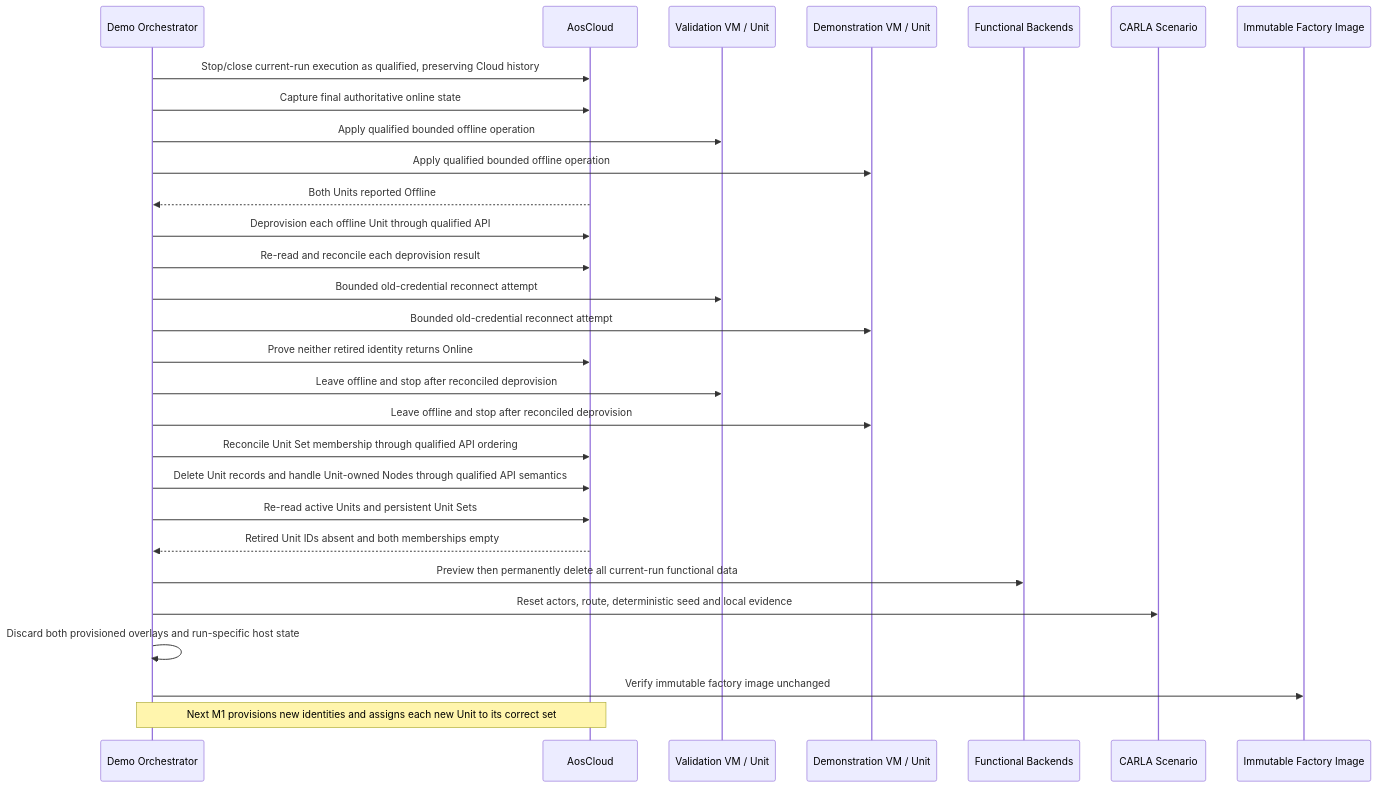
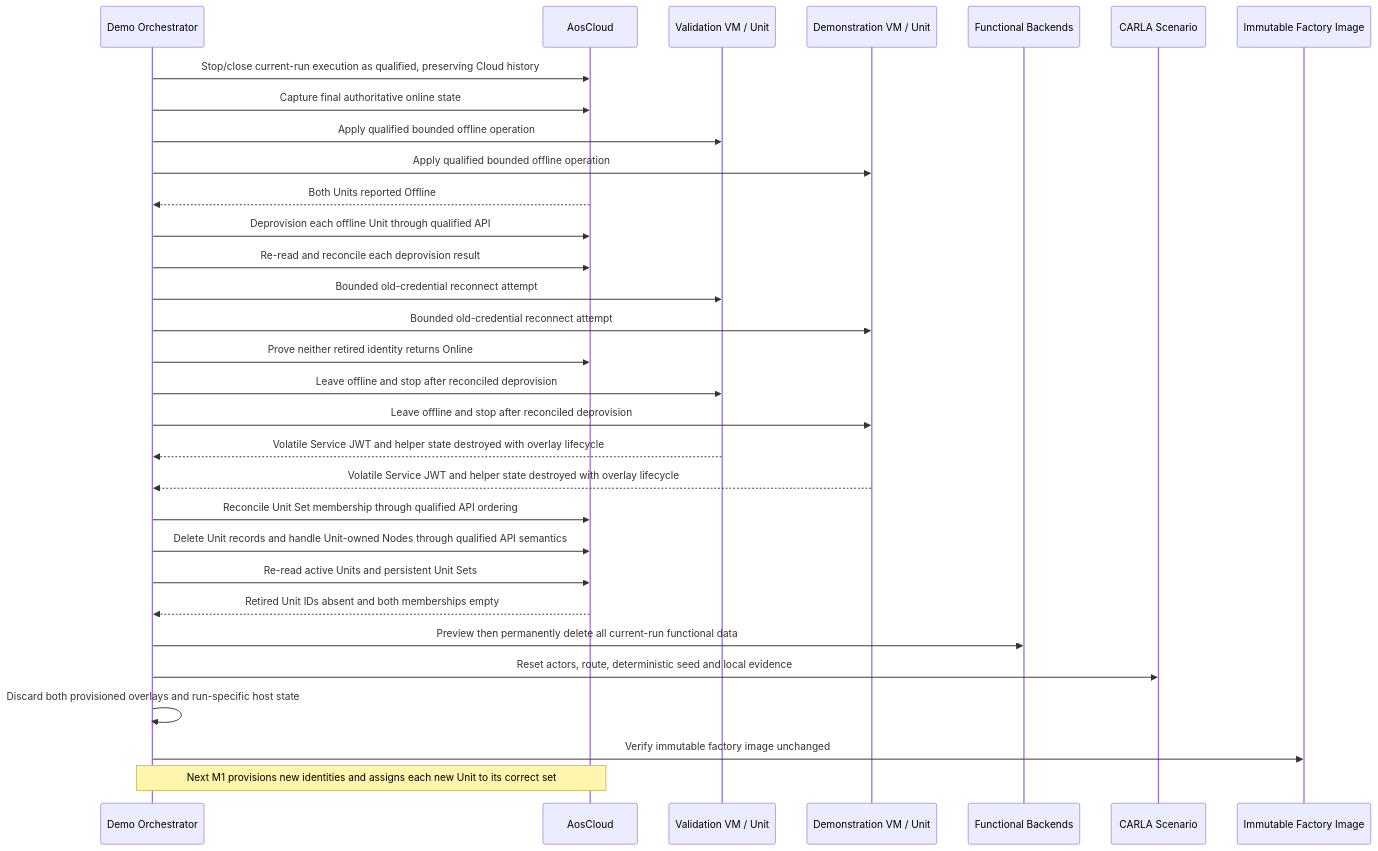
Before and after one commit to alexmaninblack/aosedge-sdv-demo: diagram 22 of 22 in docs/architecture/demo-scenario-architecture-flows.md, drawn with Mermaid. The commit also changed other lines of this file and 60 other files, not shown here.

````diff
--- a/docs/architecture/demo-scenario-architecture-flows.md
+++ b/docs/architecture/demo-scenario-architecture-flows.md
@@ -1227,32 +1353,34 @@
 ```mermaid
 sequenceDiagram
     participant OR as Demo Orchestrator
     participant AC as AosCloud
     participant VU as Validation VM / Unit
     participant DU as Demonstration VM / Unit
     participant FB as Functional Backends
     participant CS as CARLA Scenario
     participant FI as Immutable Factory Image
 
     OR->>AC: Stop/close current-run execution as qualified, preserving Cloud history
     OR->>AC: Capture final authoritative online state
     OR->>VU: Apply qualified bounded offline operation
     OR->>DU: Apply qualified bounded offline operation
     AC-->>OR: Both Units reported Offline
     OR->>AC: Deprovision each offline Unit through qualified API
     OR->>AC: Re-read and reconcile each deprovision result
     OR->>VU: Bounded old-credential reconnect attempt
     OR->>DU: Bounded old-credential reconnect attempt
     OR->>AC: Prove neither retired identity returns Online
     OR->>VU: Leave offline and stop after reconciled deprovision
     OR->>DU: Leave offline and stop after reconciled deprovision
+    VU-->>OR: Volatile Service JWT and helper state destroyed with overlay lifecycle
+    DU-->>OR: Volatile Service JWT and helper state destroyed with overlay lifecycle
     OR->>AC: Reconcile Unit Set membership through qualified API ordering
     OR->>AC: Delete Unit records and handle Unit-owned Nodes through qualified API semantics
     OR->>AC: Re-read active Units and persistent Unit Sets
     AC-->>OR: Retired Unit IDs absent and both memberships empty
     OR->>FB: Preview then permanently delete all current-run functional data
     OR->>CS: Reset actors, route, deterministic seed and local evidence
     OR->>OR: Discard both provisioned overlays and run-specific host state
     OR->>FI: Verify immutable factory image unchanged
     Note over OR,AC: Next M1 provisions new identities and assigns each new Unit to its correct set
 ```
````
